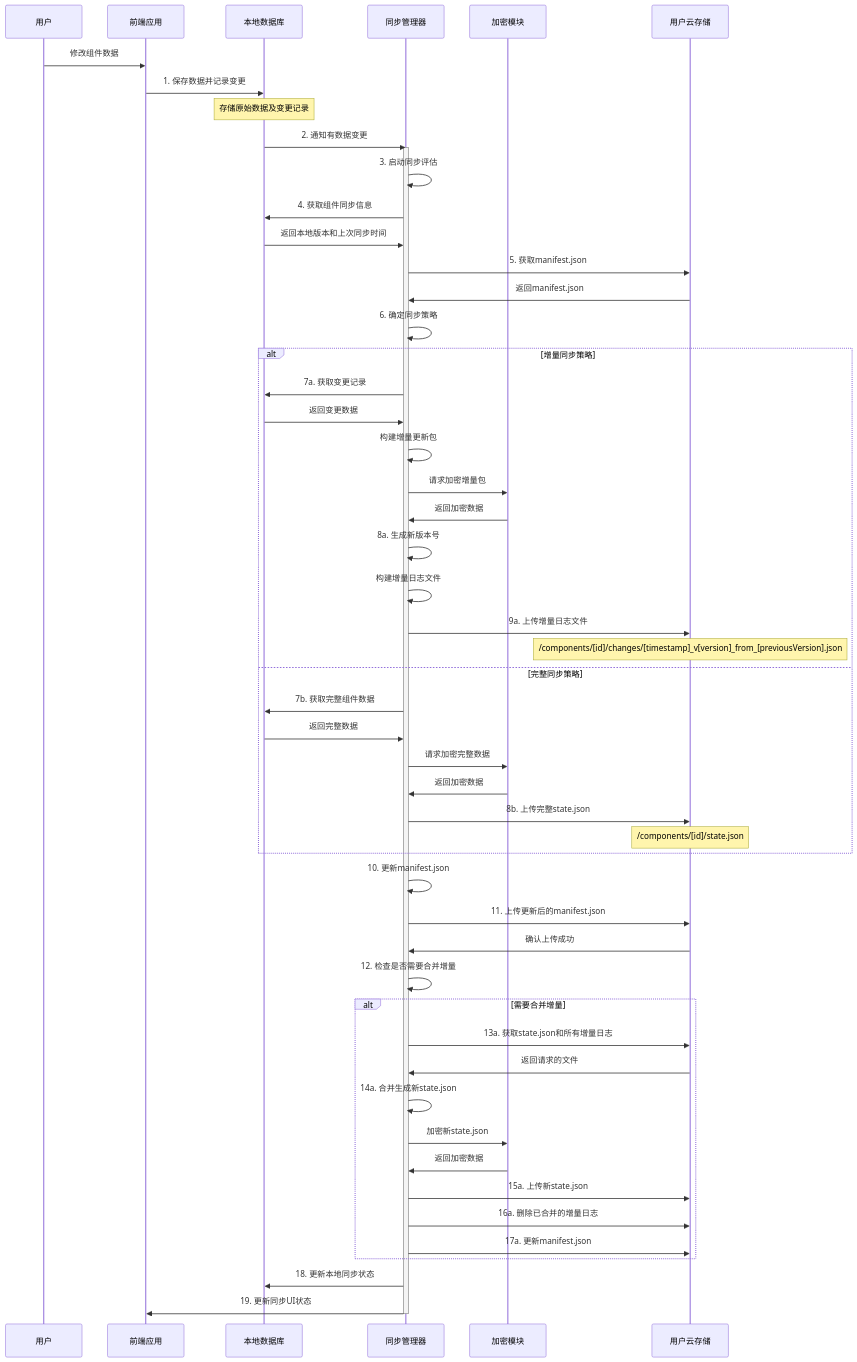
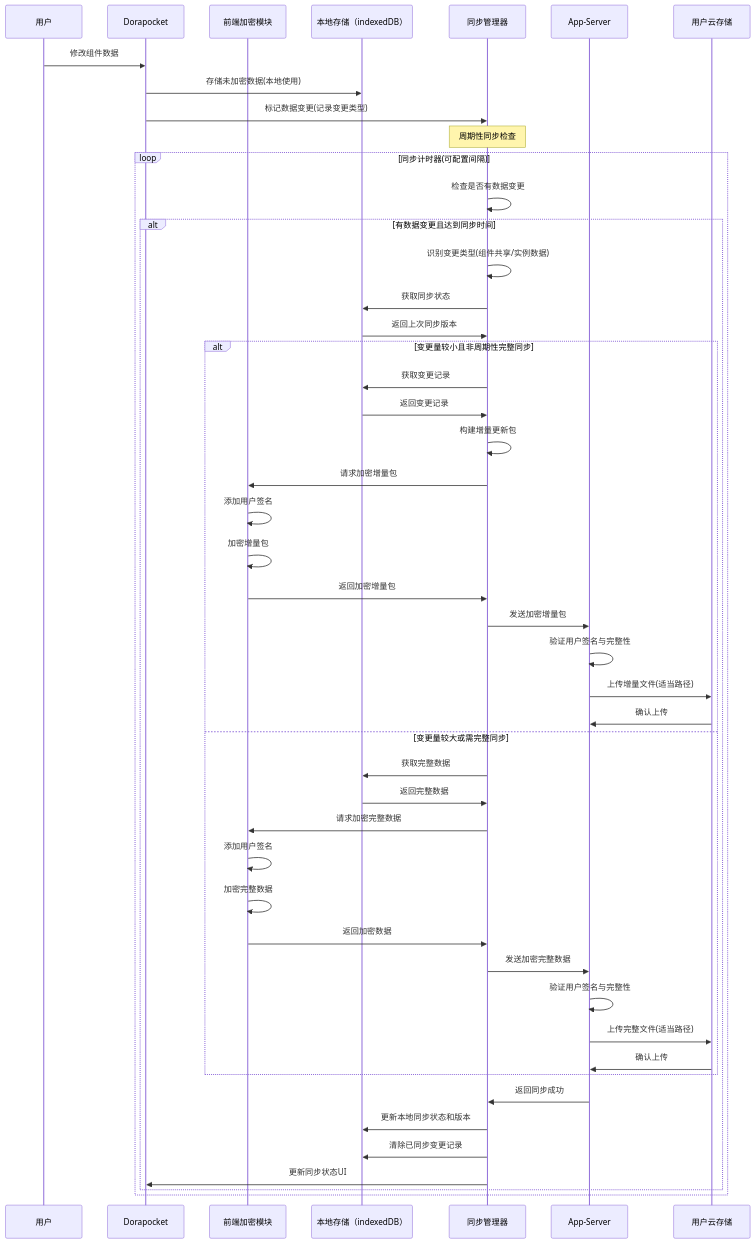
The diagram in all/未命名-36.md (yingjianzh/iodraw-files), drawn with Mermaid before and after one commit.

Commit message:
2025-04-18 15:55:26 update

````diff
--- a/all/未命名-36.md
+++ b/all/未命名-36.md
@@ -1,71 +1,58 @@
 ```mermaid
+
 sequenceDiagram
     participant User as 用户
-    participant Frontend as 前端应用
-    participant LocalDB as 本地数据库
+    participant Frontend as Dorapocket
+    participant CryptoM as 前端加密模块
+    participant LocalDB as 本地存储（indexedDB）
     participant SyncM as 同步管理器
-    participant CryptoM as 加密模块
+    participant AppServer as App-Server
     participant UserCloud as 用户云存储
     
     User->>Frontend: 修改组件数据
-    Frontend->>LocalDB: 1. 保存数据并记录变更
-    Note over LocalDB: 存储原始数据及变更记录
-    LocalDB->>SyncM: 2. 通知有数据变更
+    Frontend->>LocalDB: 存储未加密数据(本地使用)
+    Frontend->>SyncM: 标记数据变更(记录变更类型)
     
-    activate SyncM
-    SyncM->>SyncM: 3. 启动同步评估
+    note over SyncM: 周期性同步检查
     
-    SyncM->>LocalDB: 4. 获取组件同步信息
-    LocalDB->>SyncM: 返回本地版本和上次同步时间
-    
-    SyncM->>UserCloud: 5. 获取manifest.json
-    UserCloud->>SyncM: 返回manifest.json
-    
-    SyncM->>SyncM: 6. 确定同步策略
-    
-    alt 增量同步策略
-        SyncM->>LocalDB: 7a. 获取变更记录
-        LocalDB->>SyncM: 返回变更数据
-        SyncM->>SyncM: 构建增量更新包
-        SyncM->>CryptoM: 请求加密增量包
-        CryptoM->>SyncM: 返回加密数据
+    loop 同步计时器(可配置间隔)
+        SyncM->>SyncM: 检查是否有数据变更
         
-        SyncM->>SyncM: 8a. 生成新版本号
-        SyncM->>SyncM: 构建增量日志文件
-        
-        SyncM->>UserCloud: 9a. 上传增量日志文件
-        Note over UserCloud: /components/[id]/changes/[timestamp]_v[version]_from_[previousVersion].json
-        
-    else 完整同步策略
-        SyncM->>LocalDB: 7b. 获取完整组件数据
-        LocalDB->>SyncM: 返回完整数据
-        SyncM->>CryptoM: 请求加密完整数据
-        CryptoM->>SyncM: 返回加密数据
-        
-        SyncM->>UserCloud: 8b. 上传完整state.json
-        Note over UserCloud: /components/[id]/state.json
+        alt 有数据变更且达到同步时间
+            SyncM->>SyncM: 识别变更类型(组件共享/实例数据)
+            SyncM->>LocalDB: 获取同步状态
+            LocalDB->>SyncM: 返回上次同步版本
+            
+            alt 变更量较小且非周期性完整同步
+                SyncM->>LocalDB: 获取变更记录
+                LocalDB->>SyncM: 返回变更记录
+                SyncM->>SyncM: 构建增量更新包
+                SyncM->>CryptoM: 请求加密增量包
+                CryptoM->>CryptoM: 添加用户签名
+                CryptoM->>CryptoM: 加密增量包
+                CryptoM->>SyncM: 返回加密增量包
+                SyncM->>AppServer: 发送加密增量包
+                AppServer->>AppServer: 验证用户签名与完整性
+                AppServer->>UserCloud: 上传增量文件(适当路径)
+                UserCloud->>AppServer: 确认上传
+            else 变更量较大或需完整同步
+                SyncM->>LocalDB: 获取完整数据
+                LocalDB->>SyncM: 返回完整数据
+                SyncM->>CryptoM: 请求加密完整数据
+                CryptoM->>CryptoM: 添加用户签名
+                CryptoM->>CryptoM: 加密完整数据
+                CryptoM->>SyncM: 返回加密数据
+                SyncM->>AppServer: 发送加密完整数据
+                AppServer->>AppServer: 验证用户签名与完整性
+                AppServer->>UserCloud: 上传完整文件(适当路径)
+                UserCloud->>AppServer: 确认上传
+            end
+            
+            AppServer->>SyncM: 返回同步成功
+            SyncM->>LocalDB: 更新本地同步状态和版本
+            SyncM->>LocalDB: 清除已同步变更记录
+            SyncM->>Frontend: 更新同步状态UI
+        end
     end
-    
-    SyncM->>SyncM: 10. 更新manifest.json
-    SyncM->>UserCloud: 11. 上传更新后的manifest.json
-    UserCloud->>SyncM: 确认上传成功
-    
-    SyncM->>SyncM: 12. 检查是否需要合并增量
-    
-    alt 需要合并增量
-        SyncM->>UserCloud: 13a. 获取state.json和所有增量日志
-        UserCloud->>SyncM: 返回请求的文件
-        
-        SyncM->>SyncM: 14a. 合并生成新state.json
-        SyncM->>CryptoM: 加密新state.json
-        CryptoM->>SyncM: 返回加密数据
-        
-        SyncM->>UserCloud: 15a. 上传新state.json
-        SyncM->>UserCloud: 16a. 删除已合并的增量日志
-        SyncM->>UserCloud: 17a. 更新manifest.json
-    end
-    
-    SyncM->>LocalDB: 18. 更新本地同步状态
-    SyncM->>Frontend: 19. 更新同步UI状态
-    deactivate SyncM
+
 ```
````
